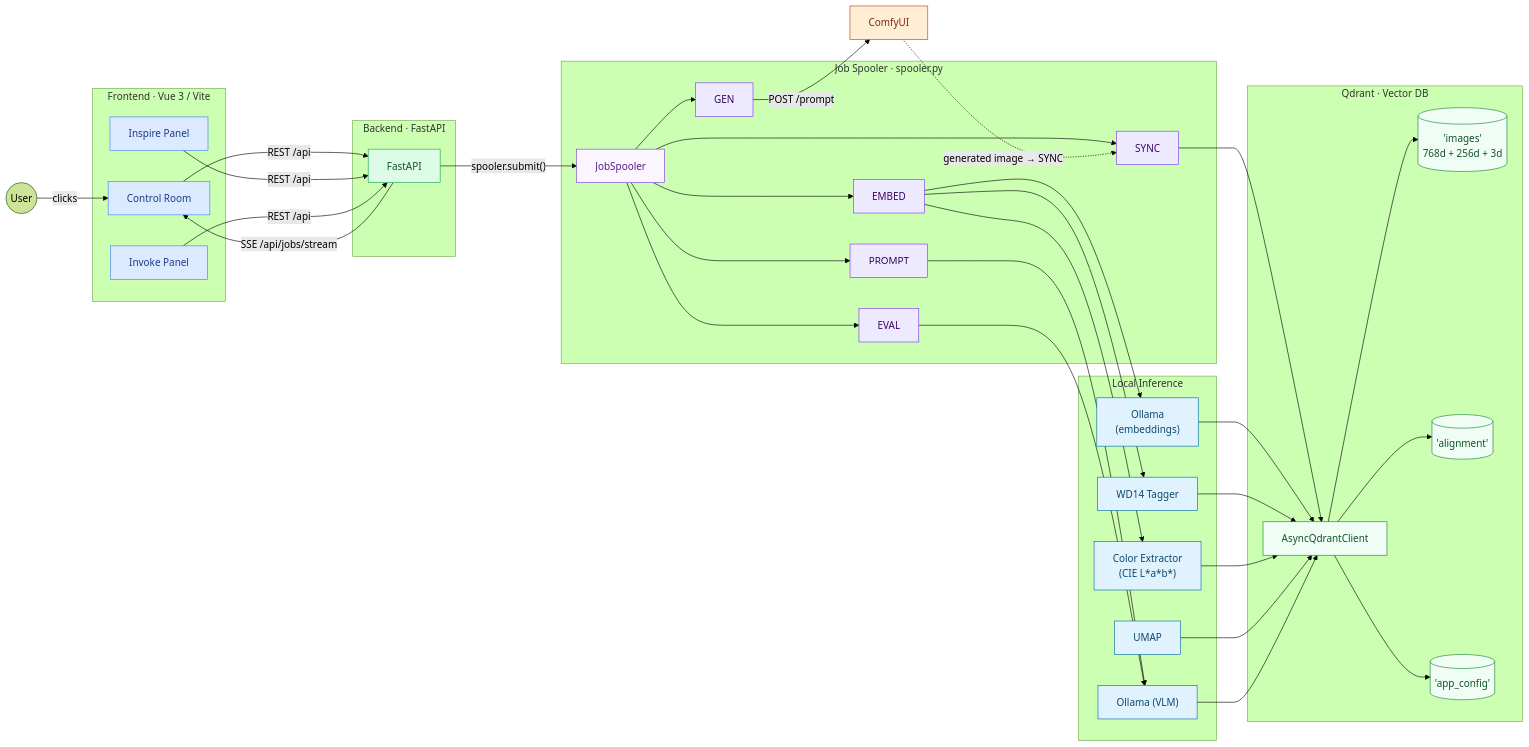
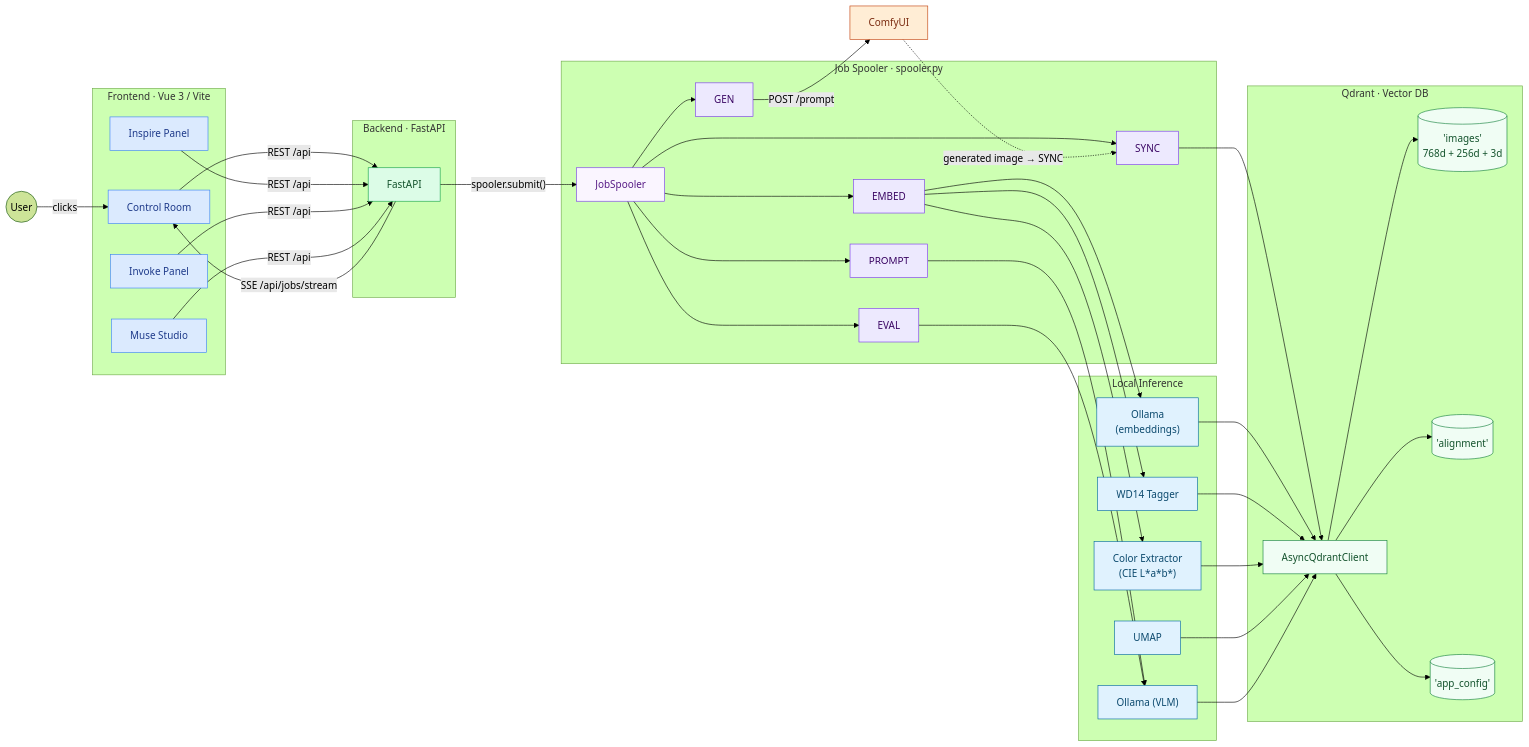
The first of 2 diagrams in README.md (ranbell/ranbell_image), drawn with Mermaid (forest theme) before and after one commit. The commit also changed other lines of this file and 348 other files, not shown here.

````diff
--- a/README.md
+++ b/README.md
@@ -286,70 +354,71 @@
 ```mermaid
 graph LR
     User(("User"))
 
     subgraph FE ["Frontend · Vue 3 / Vite"]
         UI["Control Room"]
         IP["Inspire Panel"]
         INV["Invoke Panel"]
+        MUSE["Muse Studio"]
     end
 
     subgraph BE ["Backend · FastAPI"]
         API["FastAPI"]
     end
 
     subgraph SP ["Job Spooler · spooler.py"]
         Spl["JobSpooler"]
         SYNC["SYNC"]
         EMBED["EMBED"]
         GEN_L["GEN"]
         PROMPT_L["PROMPT"]
         EVAL_L["EVAL"]
     end
 
     subgraph INF ["Local Inference"]
         EMB["Ollama<br/>(embeddings)"]
         VLM_N["Ollama (VLM)"]
         WD14_N["WD14 Tagger"]
         LAB_N["Color Extractor<br/>(CIE L*a*b*)"]
         UMAP_N["UMAP"]
     end
 
     COMFY_N["ComfyUI"]
 
     subgraph DB ["Qdrant · Vector DB"]
         QC["AsyncQdrantClient"]
         IMG[("'images'<br/>768d + 256d + 3d")]
         ALN[("'alignment'")]
         CFG[("'app_config'")]
     end
 
     User -->|"clicks"| UI
-    UI & IP & INV -- "REST /api" --> API
+    UI & IP & INV & MUSE -- "REST /api" --> API
     API -- "SSE /api/jobs/stream" --> UI
     API -- "spooler.submit()" --> Spl
     Spl --> SYNC & EMBED & GEN_L & PROMPT_L & EVAL_L
     SYNC --> QC
     EMBED --> EMB & WD14_N & LAB_N
     GEN_L -- "POST /prompt" --> COMFY_N
     PROMPT_L & EVAL_L --> VLM_N
     EMB & WD14_N & LAB_N & UMAP_N --> QC
     VLM_N --> QC
     COMFY_N -.->|"generated image → SYNC"| SYNC
     QC --> IMG & ALN & CFG
 
     classDef fe fill:#dbeafe,stroke:#3b82f6,color:#1e3a8a
     classDef api fill:#dcfce7,stroke:#16a34a,color:#14532d
     classDef spooler fill:#faf5ff,stroke:#7c3aed,color:#581c87
     classDef lane fill:#ede9fe,stroke:#7c3aed,color:#3b0764
     classDef infer fill:#e0f2fe,stroke:#0369a1,color:#0c4a6e
     classDef gen fill:#ffedd5,stroke:#c2410c,color:#7c2d12
     classDef db fill:#f0fdf4,stroke:#15803d,color:#14532d
 
-    class UI,IP,INV fe
+    class UI,IP,INV,MUSE fe
     class API api
     class Spl spooler
     class SYNC,EMBED,GEN_L,PROMPT_L,EVAL_L lane
     class EMB,VLM_N,WD14_N,LAB_N,UMAP_N infer
     class COMFY_N gen
     class QC,IMG,ALN,CFG db
 ```
````
